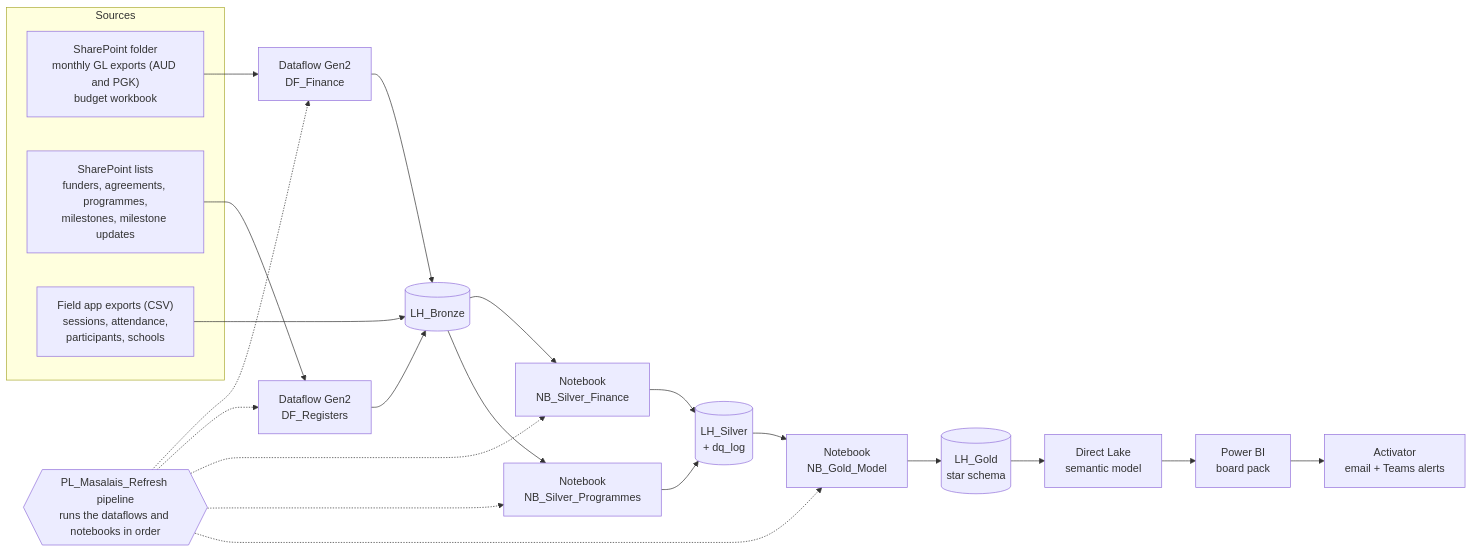
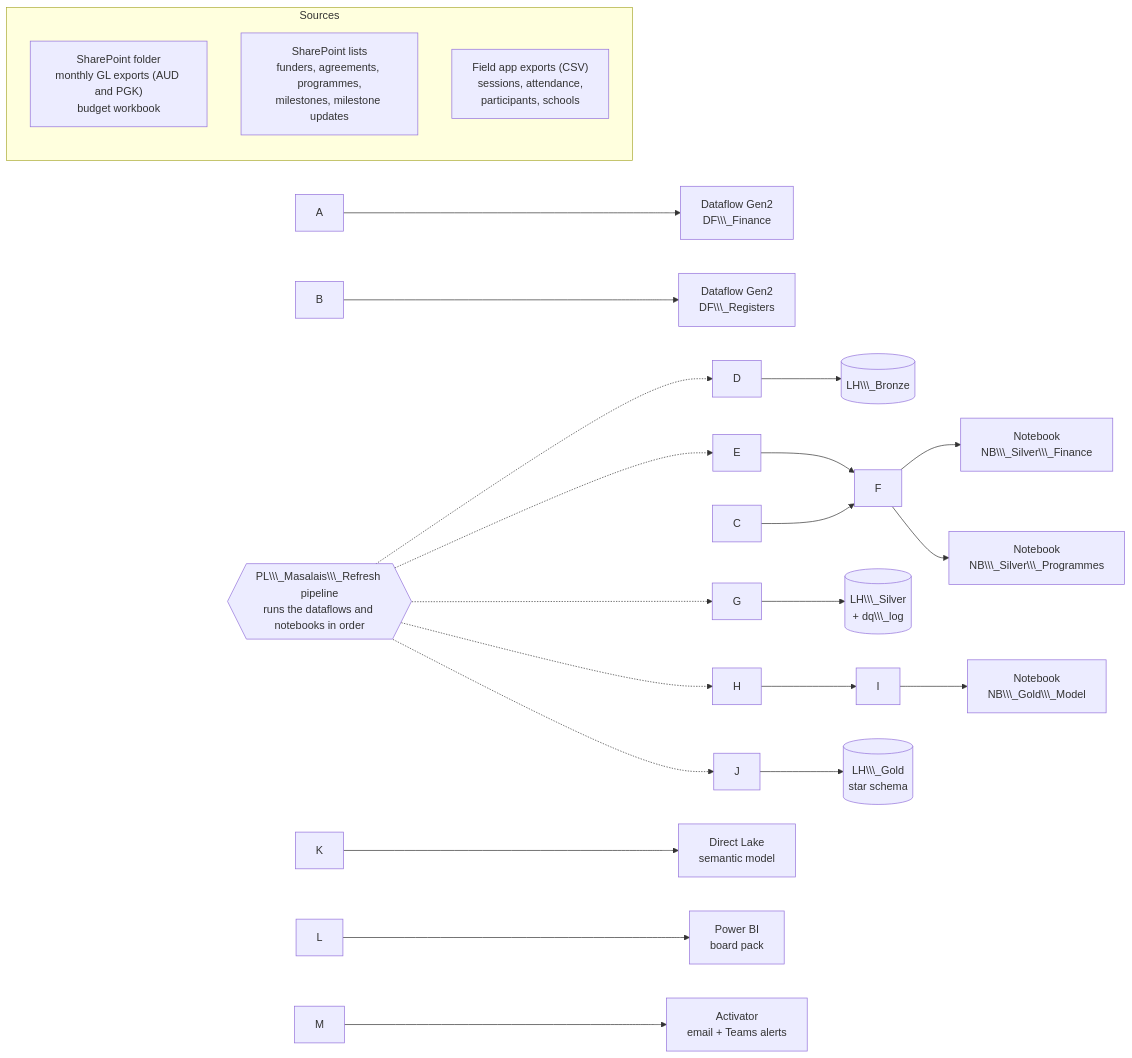
The diagram in README.md (solvedbygling/png-masalais-fabric), drawn with Mermaid before and after one commit. The commit also changed other lines of this file and 1 other file, not shown here.

````diff
--- a/README.md
+++ b/README.md
@@ -59,31 +61,31 @@
 ```mermaid
 flowchart LR
     subgraph Sources
-        A["SharePoint folder<br/>monthly GL exports (AUD and PGK)<br/>budget workbook"]
-        B["SharePoint lists<br/>funders, agreements, programmes,<br/>milestones, milestone updates"]
-        C["Field app exports (CSV)<br/>sessions, attendance,<br/>participants, schools"]
+        A\\\["SharePoint folder<br/>monthly GL exports (AUD and PGK)<br/>budget workbook"]
+        B\\\["SharePoint lists<br/>funders, agreements, programmes,<br/>milestones, milestone updates"]
+        C\\\["Field app exports (CSV)<br/>sessions, attendance,<br/>participants, schools"]
     end
 
-    A --> D["Dataflow Gen2<br/>DF_Finance"]
-    B --> E["Dataflow Gen2<br/>DF_Registers"]
-    D --> F[("LH_Bronze")]
+    A --> D\\\["Dataflow Gen2<br/>DF\\\_Finance"]
+    B --> E\\\["Dataflow Gen2<br/>DF\\\_Registers"]
+    D --> F\\\[("LH\\\_Bronze")]
     E --> F
     C --> F
 
-    F --> G["Notebook<br/>NB_Silver_Finance"]
-    F --> H["Notebook<br/>NB_Silver_Programmes"]
-    G --> I[("LH_Silver<br/>+ dq_log")]
+    F --> G\\\["Notebook<br/>NB\\\_Silver\\\_Finance"]
+    F --> H\\\["Notebook<br/>NB\\\_Silver\\\_Programmes"]
+    G --> I\\\[("LH\\\_Silver<br/>+ dq\\\_log")]
     H --> I
-    I --> J["Notebook<br/>NB_Gold_Model"]
-    J --> K[("LH_Gold<br/>star schema")]
+    I --> J\\\["Notebook<br/>NB\\\_Gold\\\_Model"]
+    J --> K\\\[("LH\\\_Gold<br/>star schema")]
 
-    K --> L["Direct Lake<br/>semantic model"]
-    L --> M["Power BI<br/>board pack"]
-    M --> N["Activator<br/>email + Teams alerts"]
+    K --> L\\\["Direct Lake<br/>semantic model"]
+    L --> M\\\["Power BI<br/>board pack"]
+    M --> N\\\["Activator<br/>email + Teams alerts"]
 
-    P{{"PL_Masalais_Refresh pipeline<br/>runs the dataflows and notebooks in order"}} -.-> D
+    P{{"PL\\\_Masalais\\\_Refresh pipeline<br/>runs the dataflows and notebooks in order"}} -.-> D
     P -.-> E
     P -.-> G
     P -.-> H
     P -.-> J
 ```
````
